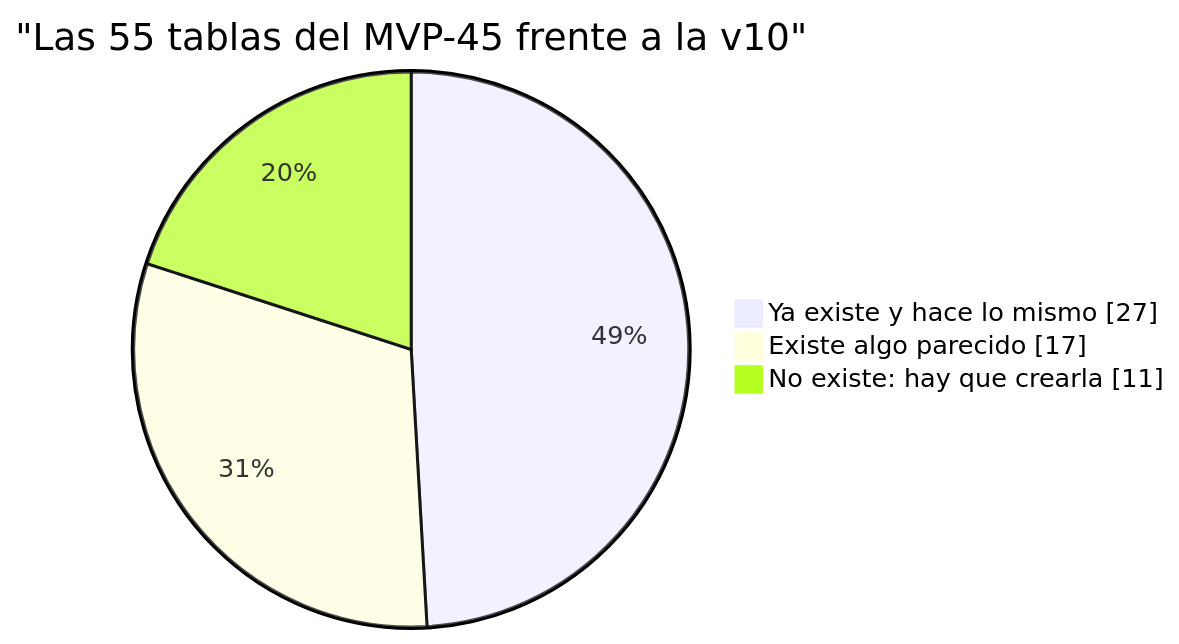
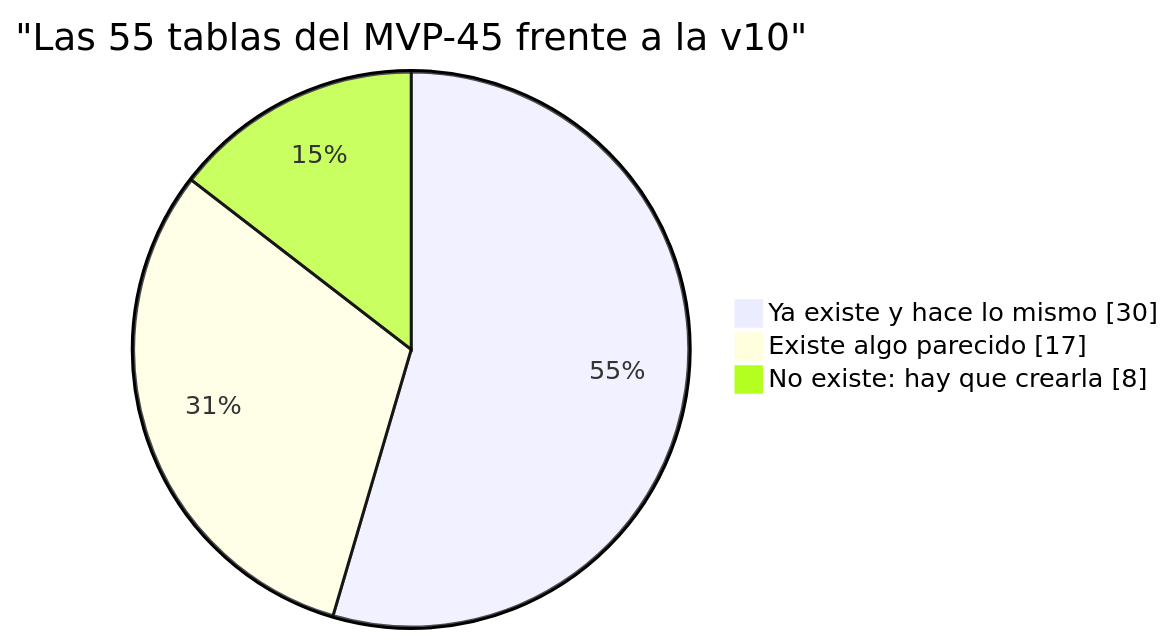
One commit to diegopaucarv/avisa changed the second of 3 diagrams in docs/PRIORIZACION_MVP_v10.md. Above: the diagram before and after it, drawn with Mermaid. The commit also changed other lines of this file and 80 other files, not shown here.

````diff
--- a/docs/PRIORIZACION_MVP_v10.md
+++ b/docs/PRIORIZACION_MVP_v10.md
@@ -170,7 +175,7 @@
 ```mermaid
 pie showData
     title "Las 55 tablas del MVP-45 frente a la v10"
-    "Ya existe y hace lo mismo" : 27
+    "Ya existe y hace lo mismo" : 30
     "Existe algo parecido" : 17
-    "No existe: hay que crearla" : 11
+    "No existe: hay que crearla" : 8
 ```
````
